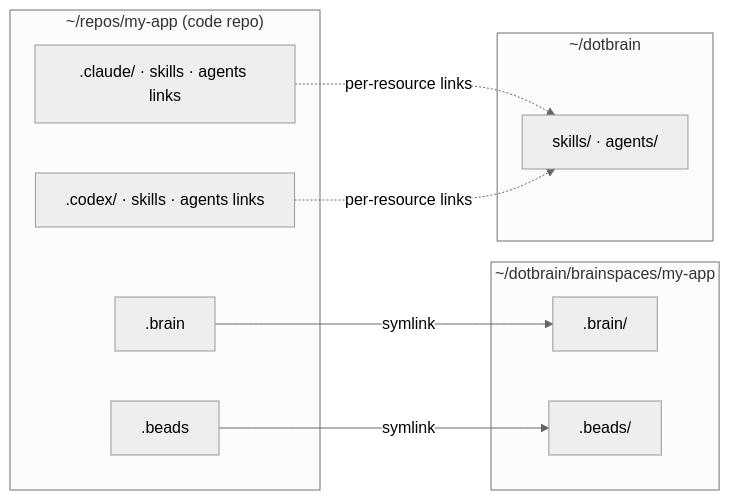
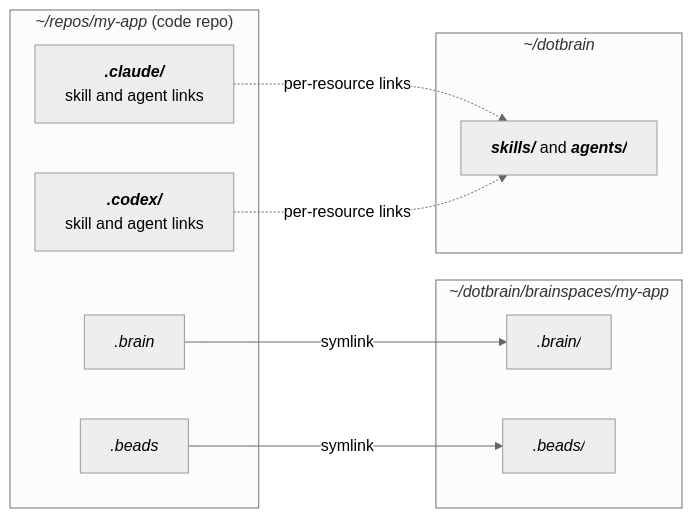
One commit to arminzou/dotbrain changed the first of 2 diagrams in docs/wiring.md. Above: the diagram before and after it, drawn with Mermaid (neutral theme). The commit also changed other lines of this file and 19 other files, not shown here.

First line of the commit message:
docs(site): polish diagrams and record a shared Mermaid style

````diff
--- a/docs/wiring.md
+++ b/docs/wiring.md
@@ -9,20 +9,23 @@
 ```mermaid
 flowchart LR
-  subgraph repo["~/repos/my-app (code repo)"]
-    rb[".brain"]
-    rbd[".beads"]
-    rc[".claude/ · skills · agents links"]
-    rx[".codex/ · skills · agents links"]
+  accTitle: What wiring links into a code repo
+  subgraph repo["`*~/repos/my-app* (code repo)`"]
+    rb["`*.brain*`"]
+    rbd["`*.beads*`"]
+    rc["`***.claude/***
+  skill and agent links`"]
+    rx["`***.codex/***
+  skill and agent links`"]
   end
-  subgraph space["~/dotbrain/brainspaces/my-app"]
-    sb[".brain/"]
-    sbd[".beads/"]
+  subgraph space["`*~/dotbrain/brainspaces/my-app*`"]
+    sb["`*.brain/*`"]
+    sbd["`*.beads/*`"]
   end
-  subgraph home["~/dotbrain"]
-    sk["skills/ · agents/"]
+  subgraph home["`*~/dotbrain*`"]
+    sk["`***skills/*** and ***agents/***`"]
   end
   rb -- symlink --> sb
   rbd -- symlink --> sbd
   rc -. per-resource links .-> sk
   rx -. per-resource links .-> sk
 ```
````
